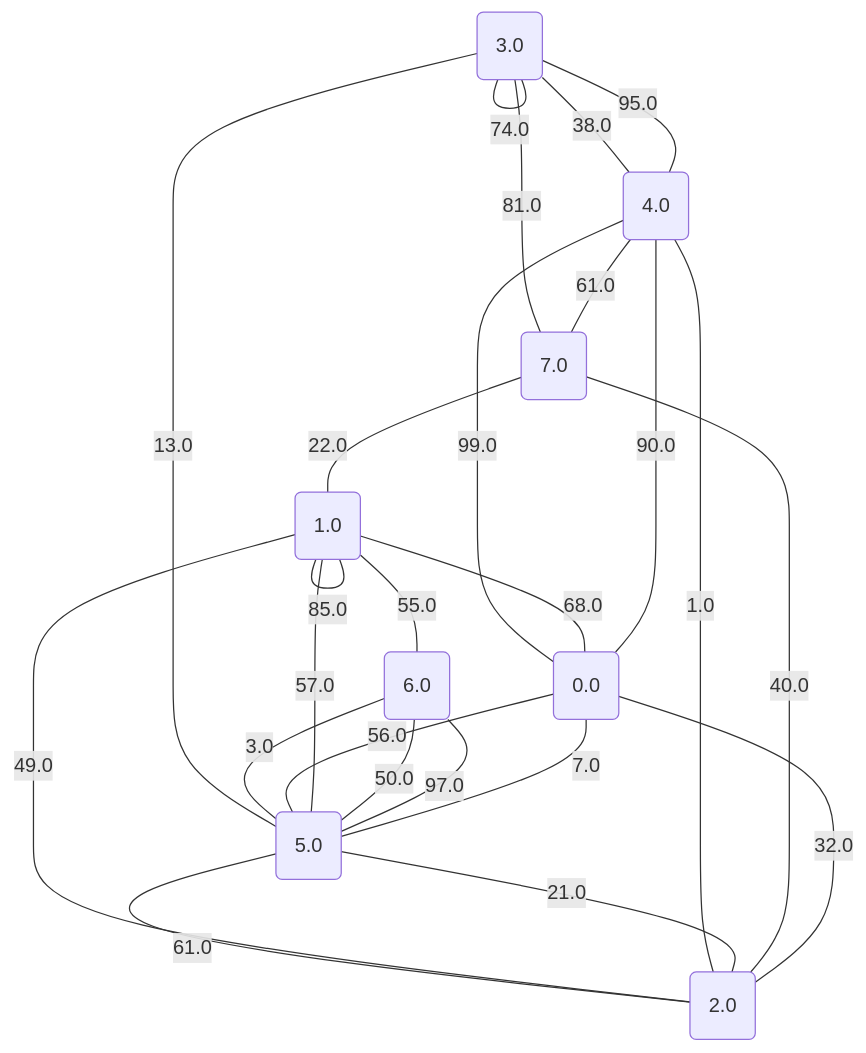
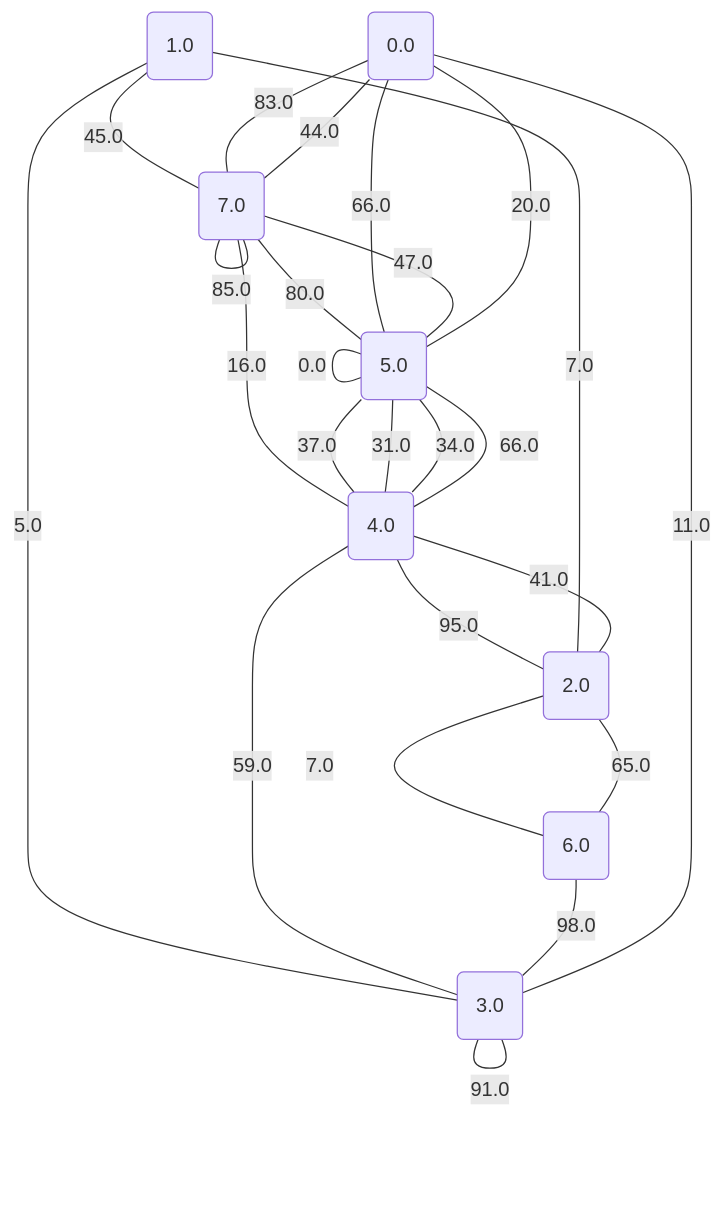
The diagram in project/src/testing/graphs/3.md (metury/graphs), drawn with Mermaid before and after one commit. The commit also changed 34 other files, not shown here.

````diff
--- a/project/src/testing/graphs/3.md
+++ b/project/src/testing/graphs/3.md
@@ -1,35 +1,35 @@
 ```mermaid
 graph TD;
 	0("0.0");
 	1("1.0");
 	2("2.0");
 	3("3.0");
 	4("4.0");
 	5("5.0");
 	6("6.0");
 	7("7.0");
-	3 -- "81.0" --- 7;
-	3 -- "13.0" --- 5;
-	3 -- "38.0" --- 4;
-	6 -- "3.0" --- 5;
-	7 -- "22.0" --- 1;
-	4 -- "99.0" --- 0;
-	2 -- "32.0" --- 0;
-	3 -- "74.0" --- 3;
-	0 -- "56.0" --- 5;
-	4 -- "95.0" --- 3;
-	1 -- "55.0" --- 6;
-	5 -- "7.0" --- 0;
-	5 -- "61.0" --- 2;
-	1 -- "49.0" --- 2;
-	1 -- "57.0" --- 5;
-	4 -- "61.0" --- 7;
-	4 -- "1.0" --- 2;
-	1 -- "85.0" --- 1;
-	1 -- "68.0" --- 0;
-	6 -- "50.0" --- 5;
-	5 -- "21.0" --- 2;
-	6 -- "97.0" --- 5;
-	4 -- "90.0" --- 0;
-	7 -- "40.0" --- 2;
+	2 -- "7.0" --- 6;
+	2 -- "41.0" --- 4;
+	6 -- "65.0" --- 2;
+	5 -- "20.0" --- 0;
+	5 -- "0.0" --- 5;
+	1 -- "5.0" --- 3;
+	1 -- "45.0" --- 7;
+	7 -- "80.0" --- 5;
+	0 -- "66.0" --- 5;
+	7 -- "85.0" --- 7;
+	3 -- "11.0" --- 0;
+	4 -- "34.0" --- 5;
+	4 -- "59.0" --- 3;
+	7 -- "16.0" --- 4;
+	4 -- "95.0" --- 2;
+	7 -- "47.0" --- 5;
+	5 -- "37.0" --- 4;
+	5 -- "31.0" --- 4;
+	0 -- "83.0" --- 7;
+	3 -- "91.0" --- 3;
+	1 -- "7.0" --- 2;
+	0 -- "44.0" --- 7;
+	4 -- "66.0" --- 5;
+	6 -- "98.0" --- 3;
 ```
````
